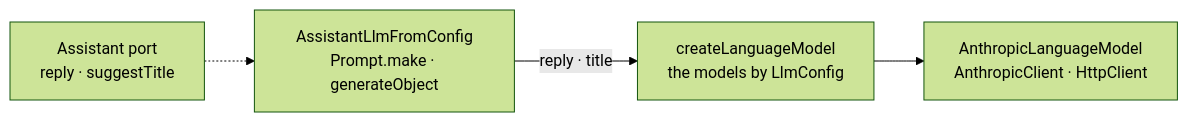
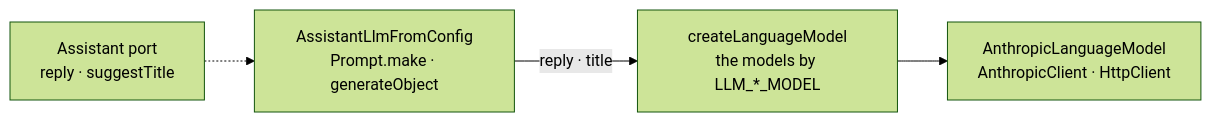
The diagram in docs/knowledge/ai.md (khotei/app-template), drawn with Mermaid (forest theme) before and after one commit. The commit also changed other lines of this file and 27 other files, not shown here.

````diff
--- a/docs/knowledge/ai.md
+++ b/docs/knowledge/ai.md
@@ -18,6 +19,6 @@
 ```mermaid
 graph LR
   P["Assistant port<br/>reply · suggestTitle"] -.-> L["AssistantLlmFromConfig<br/>Prompt.make · generateObject"]
-  L -->|"reply · title"| K["createLanguageModel<br/>the models by LlmConfig"]
+  L -->|"reply · title"| K["createLanguageModel<br/>the models by LLM_*_MODEL"]
   K --> A["AnthropicLanguageModel<br/>AnthropicClient · HttpClient"]
 ```
````
